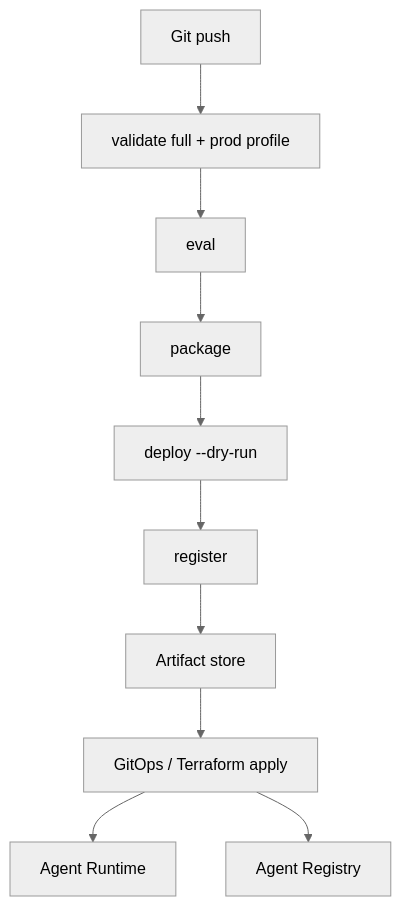
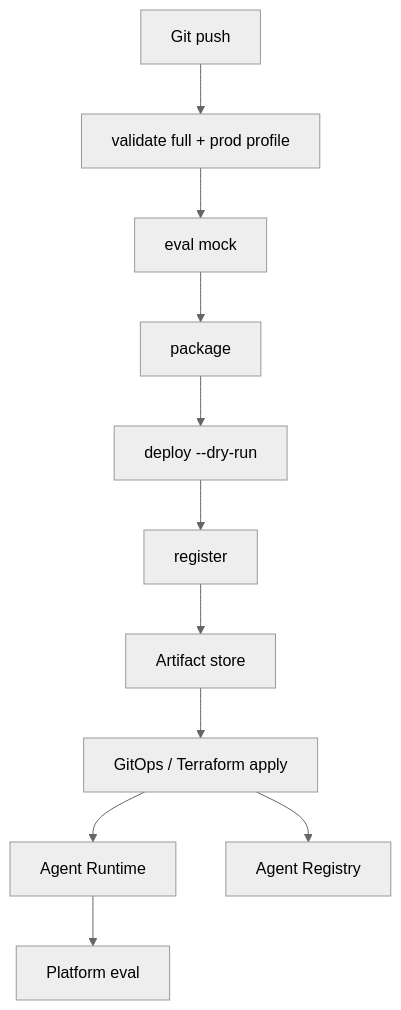
Before and after one commit to yu-iskw/antigravity-agentkit: the third of 3 diagrams in docs/guides/12-production-workflows.md, drawn with Mermaid (neutral theme). The commit also changed other lines of this file and 5 other files, not shown here.

First line of the commit message:
docs(eval): document hybrid AgentKit and Platform evaluation workflow

````diff
--- a/docs/guides/12-production-workflows.md
+++ b/docs/guides/12-production-workflows.md
@@ -181,12 +185,13 @@
 ```mermaid
 flowchart TB
   GIT[Git push] --> V[validate full + prod profile]
-  V --> E[eval]
+  V --> E[eval mock]
   E --> P[package]
   P --> D[deploy --dry-run]
   D --> R[register]
   R --> ART[Artifact store]
   ART --> GITOPS[GitOps / Terraform apply]
   GITOPS --> RT[Agent Runtime]
   GITOPS --> REG[Agent Registry]
+  RT --> PE[Platform eval]
 ```
````
